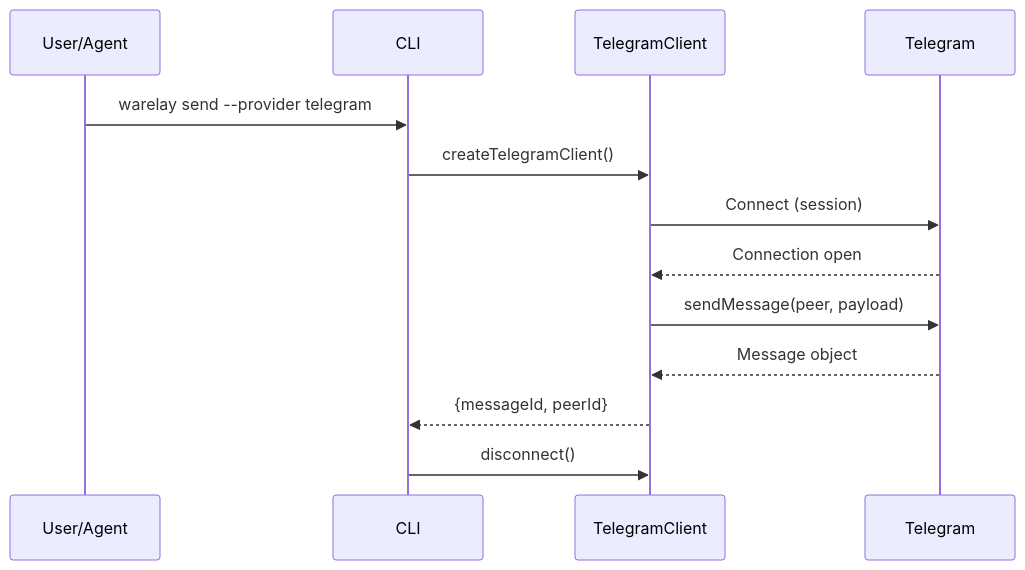
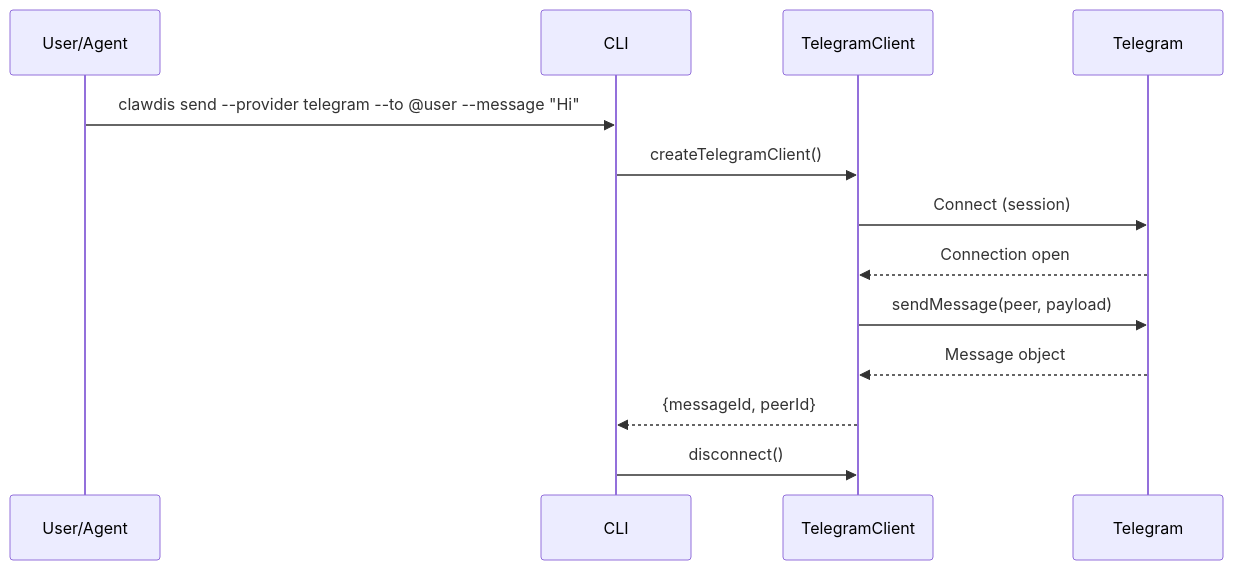
One commit to arnemoor/tmerelay changed the fifth of 15 diagrams in docs/architecture/telegram-integration.md. Above: the diagram before and after it, drawn with Mermaid. The commit also changed other lines of this file and 2 other files, not shown here.

First line of the commit message:
refactor: remove legacy wa-twilio and wa-web provider naming

````diff
--- a/docs/architecture/telegram-integration.md
+++ b/docs/architecture/telegram-integration.md
@@ -198,16 +199,16 @@
 ```mermaid
 sequenceDiagram
   participant U as User/Agent
   participant C as CLI
   participant T as TelegramClient
   participant TG as Telegram
 
-  U->>C: warelay send --provider telegram
+  U->>C: clawdis send --provider telegram --to @user --message "Hi"
   C->>T: createTelegramClient()
   T->>TG: Connect (session)
   TG-->>T: Connection open
   T->>TG: sendMessage(peer, payload)
   TG-->>T: Message object
   T-->>C: {messageId, peerId}
   C->>T: disconnect()
 ```
````
